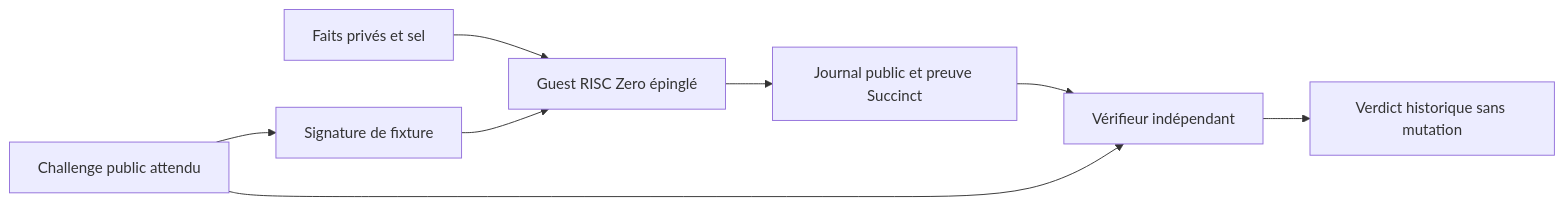
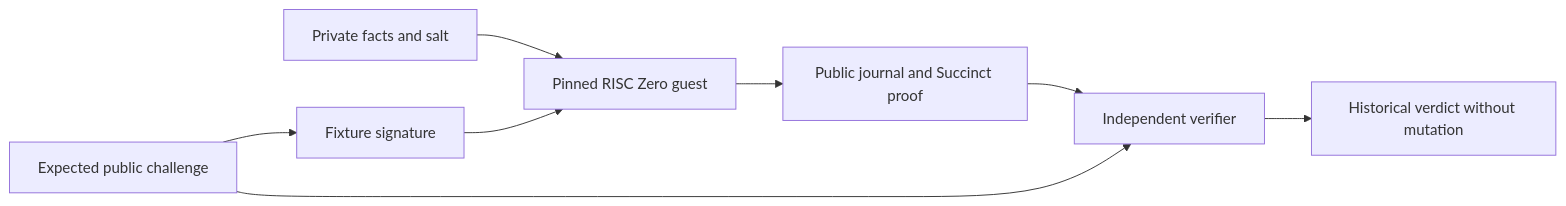
The diagram in docs/07-STACK-SECURITY-AND-PERFORMANCE.md (m4tth1euNa0p1c/ZK-agentiK), drawn with Mermaid before and after one commit. The commit also changed other lines of this file and 51 other files, not shown here.

````diff
--- a/docs/07-STACK-SECURITY-AND-PERFORMANCE.md
+++ b/docs/07-STACK-SECURITY-AND-PERFORMANCE.md
@@ -36,10 +36,10 @@
 ```mermaid
 flowchart LR
-    C[Challenge public attendu] --> A[Signature de fixture]
-    W[Faits privés et sel] --> G[Guest RISC Zero épinglé]
+    C[Expected public challenge] --> A[Fixture signature]
+    W[Private facts and salt] --> G[Pinned RISC Zero guest]
     A --> G
-    G --> J[Journal public et preuve Succinct]
-    J --> V[Vérifieur indépendant]
+    G --> J[Public journal and Succinct proof]
+    J --> V[Independent verifier]
     C --> V
-    V --> H[Verdict historique sans mutation]
+    V --> H[Historical verdict without mutation]
 ```
````
